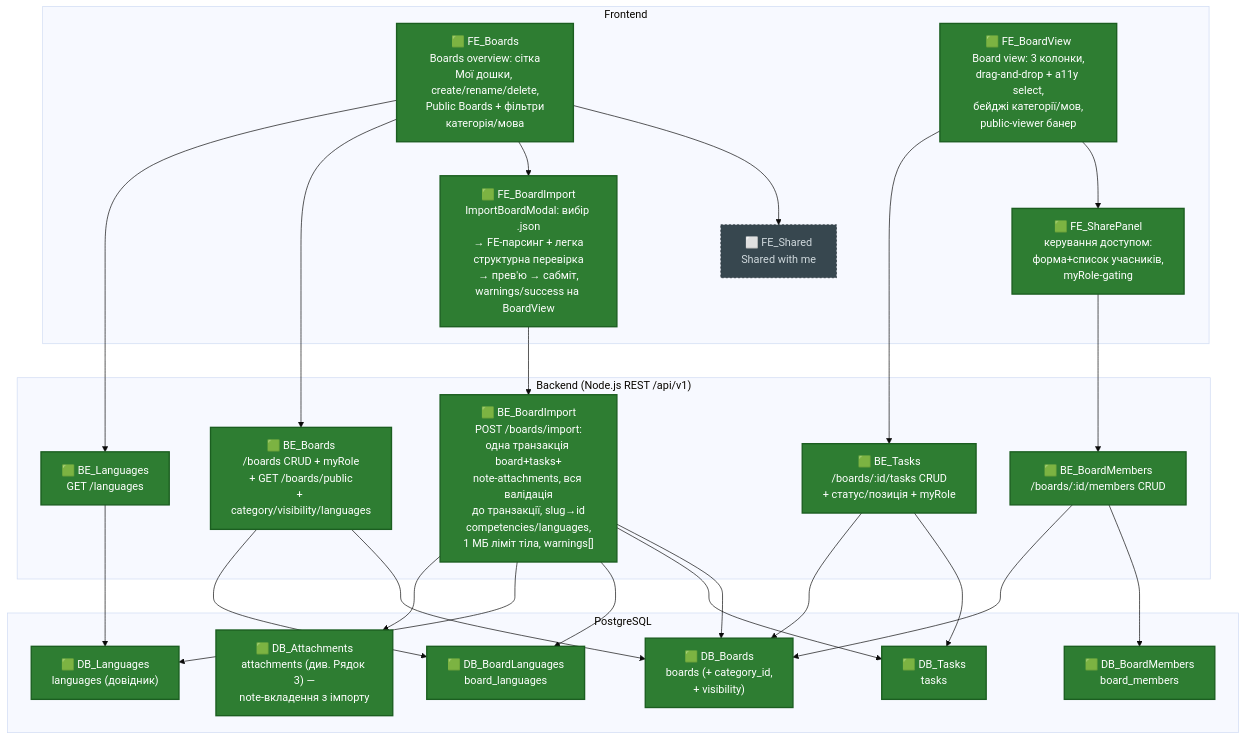
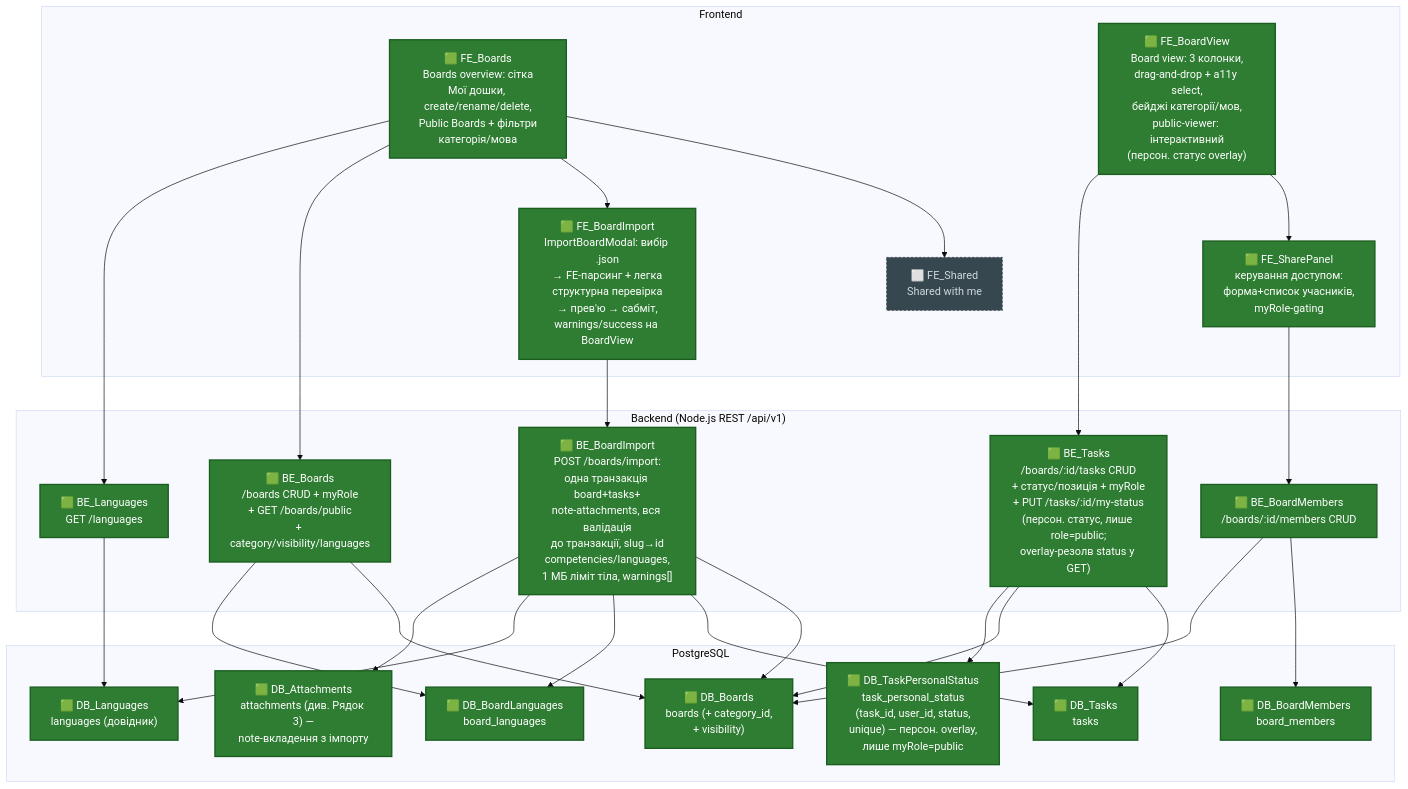
One commit to ansukhorukova/learn-it changed the second of 5 diagrams in PROJECT_MAP.md. Above: the diagram before and after it, drawn with Mermaid (base theme). The commit also changed other lines of this file and 3 other files, not shown here.

````diff
--- a/PROJECT_MAP.md
+++ b/PROJECT_MAP.md
@@ -74,55 +74,57 @@
 ```mermaid
 graph TD
   classDef done fill:#2e7d32,color:#ffffff,stroke:#1b5e20,stroke-width:2px;
   classDef progress fill:#f9a825,color:#1a1a1a,stroke:#f57f17,stroke-width:2px;
   classDef planned fill:#37474f,color:#cfd8dc,stroke:#263238,stroke-width:1px,stroke-dasharray: 3 3;
 
   subgraph FE["Frontend"]
     FE_Boards["🟩 FE_Boards<br/>Boards overview: сітка<br/>Мої дошки, create/rename/delete,<br/>Public Boards + фільтри<br/>категорія/мова"]
     FE_BoardImport["🟩 FE_BoardImport<br/>ImportBoardModal: вибір .json<br/>→ FE-парсинг + легка<br/>структурна перевірка<br/>→ прев'ю → сабміт,<br/>warnings/success на BoardView"]
     FE_Shared["⬜ FE_Shared<br/>Shared with me"]
-    FE_BoardView["🟩 FE_BoardView<br/>Board view: 3 колонки,<br/>drag-and-drop + a11y select,<br/>бейджі категорії/мов,<br/>public-viewer банер"]
+    FE_BoardView["🟩 FE_BoardView<br/>Board view: 3 колонки,<br/>drag-and-drop + a11y select,<br/>бейджі категорії/мов,<br/>public-viewer: інтерактивний<br/>(персон. статус overlay)"]
     FE_SharePanel["🟩 FE_SharePanel<br/>керування доступом:<br/>форма+список учасників,<br/>myRole-gating"]
   end
 
   subgraph BE["Backend (Node.js REST /api/v1)"]
     BE_Boards["🟩 BE_Boards<br/>/boards CRUD + myRole<br/>+ GET /boards/public<br/>+ category/visibility/languages"]
     BE_BoardImport["🟩 BE_BoardImport<br/>POST /boards/import:<br/>одна транзакція board+tasks+<br/>note-attachments, вся валідація<br/>до транзакції, slug→id<br/>competencies/languages,<br/>1 МБ ліміт тіла, warnings[]"]
     BE_BoardMembers["🟩 BE_BoardMembers<br/>/boards/:id/members CRUD"]
-    BE_Tasks["🟩 BE_Tasks<br/>/boards/:id/tasks CRUD<br/>+ статус/позиція + myRole"]
+    BE_Tasks["🟩 BE_Tasks<br/>/boards/:id/tasks CRUD<br/>+ статус/позиція + myRole<br/>+ PUT /tasks/:id/my-status<br/>(персон. статус, лише role=public;<br/>overlay-резолв status у GET)"]
     BE_Languages["🟩 BE_Languages<br/>GET /languages"]
   end
 
   subgraph DB["PostgreSQL"]
     DB_Boards["🟩 DB_Boards<br/>boards (+ category_id,<br/>+ visibility)"]
     DB_BoardMembers["🟩 DB_BoardMembers<br/>board_members"]
     DB_Tasks["🟩 DB_Tasks<br/>tasks"]
     DB_Languages["🟩 DB_Languages<br/>languages (довідник)"]
     DB_BoardLanguages["🟩 DB_BoardLanguages<br/>board_languages"]
     DB_Attachments["🟩 DB_Attachments<br/>attachments (див. Рядок 3) —<br/>note-вкладення з імпорту"]
+    DB_TaskPersonalStatus["🟩 DB_TaskPersonalStatus<br/>task_personal_status<br/>(task_id, user_id, status,<br/>unique) — персон. overlay,<br/>лише myRole=public"]
   end
 
   FE_Boards --> FE_Shared
   FE_Boards --> FE_BoardImport
   FE_Boards --> BE_Boards
   FE_Boards --> BE_Languages
   FE_BoardImport --> BE_BoardImport
   BE_Boards --> DB_Boards
   BE_Boards --> DB_BoardLanguages
   BE_Languages --> DB_Languages
   BE_BoardImport --> DB_Boards
   BE_BoardImport --> DB_Tasks
   BE_BoardImport --> DB_BoardLanguages
   BE_BoardImport --> DB_Languages
   BE_BoardImport --> DB_Attachments
   FE_BoardView --> FE_SharePanel
   FE_SharePanel --> BE_BoardMembers
   BE_BoardMembers --> DB_BoardMembers
   BE_BoardMembers --> DB_Boards
   FE_BoardView --> BE_Tasks
   BE_Tasks --> DB_Tasks
   BE_Tasks --> DB_Boards
+  BE_Tasks --> DB_TaskPersonalStatus
 
-  class FE_Boards,FE_BoardImport,FE_BoardView,FE_SharePanel,BE_Boards,BE_BoardImport,BE_BoardMembers,BE_Tasks,BE_Languages,DB_Boards,DB_BoardMembers,DB_Tasks,DB_Languages,DB_BoardLanguages,DB_Attachments done;
+  class FE_Boards,FE_BoardImport,FE_BoardView,FE_SharePanel,BE_Boards,BE_BoardImport,BE_BoardMembers,BE_Tasks,BE_Languages,DB_Boards,DB_BoardMembers,DB_Tasks,DB_Languages,DB_BoardLanguages,DB_Attachments,DB_TaskPersonalStatus done;
   class FE_Shared planned;
 ```
````
